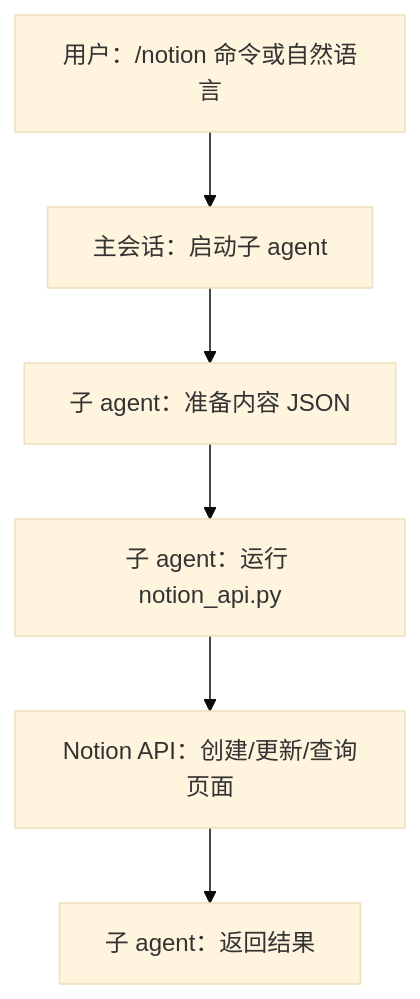
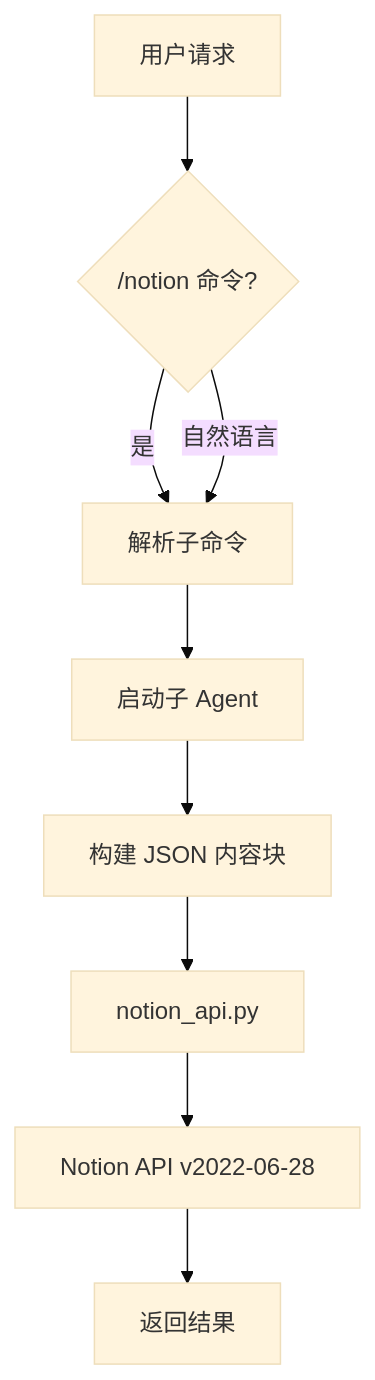
One commit to MitchellX/awesome-skills changed the diagram in openclaw-skills/notion-writer/README_CN.md. Above: the diagram before and after it, drawn with Mermaid (base theme). The commit also changed other lines of this file and 12 other files, not shown here.

````diff
--- a/openclaw-skills/notion-writer/README_CN.md
+++ b/openclaw-skills/notion-writer/README_CN.md
@@ -24,8 +24,11 @@
 ```mermaid
 flowchart TD
-    A[用户：/notion 命令或自然语言] --> B[主会话：启动子 agent]
-    B --> C[子 agent：准备内容 JSON]
-    C --> D[子 agent：运行 notion_api.py]
-    D --> E[Notion API：创建/更新/查询页面]
-    E --> F[子 agent：返回结果]
+    A[用户请求] --> B{/notion 命令?}
+    B -->|是| C[解析子命令]
+    B -->|自然语言| C
+    C --> D[启动子 Agent]
+    D --> E[构建 JSON 内容块]
+    E --> F[notion_api.py]
+    F --> G[Notion API v2022-06-28]
+    G --> H[返回结果]
 ```
````
